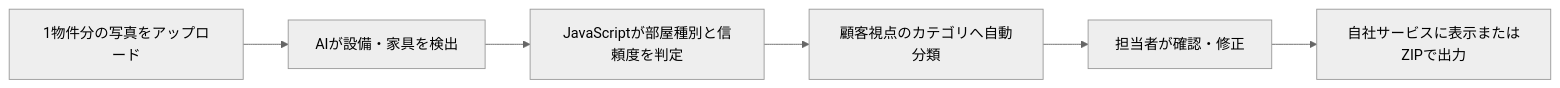
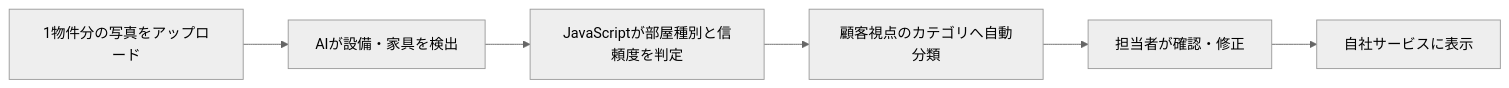
Before and after one commit to kiwamu961/20260827: the diagram in pj-docs/01_proposal/proposal.md, drawn with Mermaid (neutral theme). The commit also changed other lines of this file and 2 other files, not shown here.

````diff
--- a/pj-docs/01_proposal/proposal.md
+++ b/pj-docs/01_proposal/proposal.md
@@ -48,8 +48,8 @@
 ```mermaid
 flowchart LR
     A[1物件分の写真をアップロード] --> B[AIが設備・家具を検出]
     B --> C[JavaScriptが部屋種別と信頼度を判定]
     C --> D[顧客視点のカテゴリへ自動分類]
     D --> E[担当者が確認・修正]
-    E --> F[自社サービスに表示またはZIPで出力]
+    E --> F[自社サービスに表示]
 ```
````
